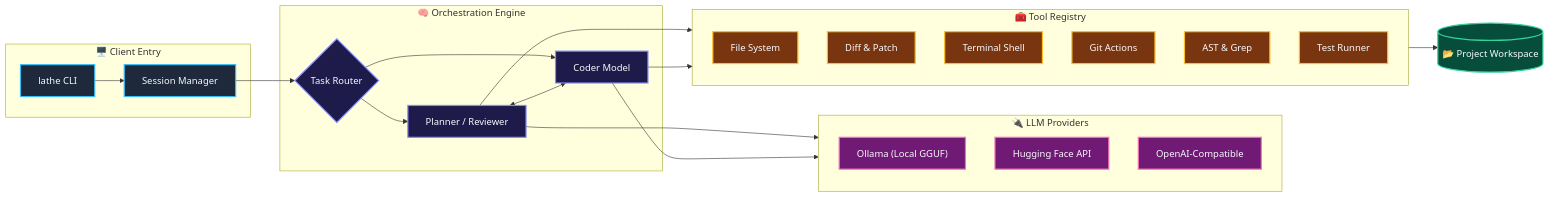
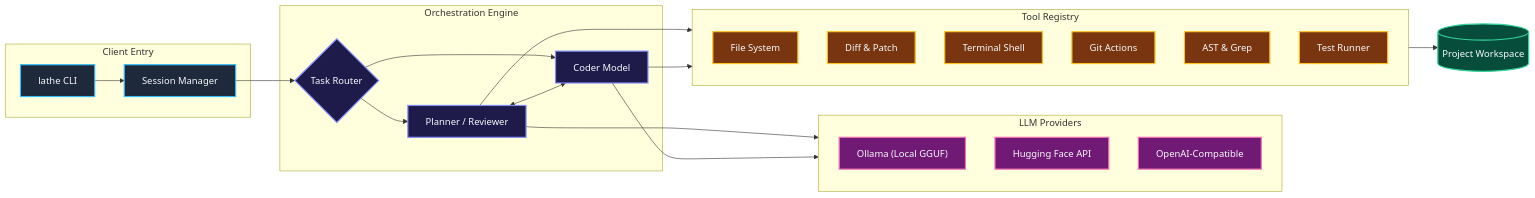
Before and after one commit to AdityaSurse/lathe: the second of 10 diagrams in README.md, drawn with Mermaid. The commit also changed other lines of this file, not shown here.

````diff
--- a/README.md
+++ b/README.md
@@ -70,47 +70,47 @@
 ```mermaid
 flowchart LR
     classDef cliStyle fill:#1e293b,stroke:#38bdf8,stroke-width:2px,color:#f8fafc;
     classDef coreStyle fill:#1e1b4b,stroke:#818cf8,stroke-width:2px,color:#f8fafc;
     classDef backendStyle fill:#701a75,stroke:#f472b6,stroke-width:2px,color:#f8fafc;
     classDef toolStyle fill:#78350f,stroke:#fbbf24,stroke-width:2px,color:#f8fafc;
     classDef envStyle fill:#064e3b,stroke:#34d399,stroke-width:2px,color:#f8fafc;
 
-    subgraph Entry ["🖥️ Client Entry"]
+    subgraph Entry ["Client Entry"]
         CLI["lathe CLI"]:::cliStyle
         Session["Session Manager"]:::cliStyle
     end
 
-    subgraph Engine ["🧠 Orchestration Engine"]
+    subgraph Engine ["Orchestration Engine"]
         Router{"Task Router"}:::coreStyle
         Planner["Planner / Reviewer"]:::coreStyle
         Coder["Coder Model"]:::coreStyle
     end
 
-    subgraph Backends ["🔌 LLM Providers"]
+    subgraph Backends ["LLM Providers"]
         Ollama["Ollama (Local GGUF)"]:::backendStyle
         HF["Hugging Face API"]:::backendStyle
         OpenAIComp["OpenAI-Compatible"]:::backendStyle
     end
 
-    subgraph Tools ["🧰 Tool Registry"]
+    subgraph Tools ["Tool Registry"]
         Files["File System"]:::toolStyle
         Edit["Diff & Patch"]:::toolStyle
         Shell["Terminal Shell"]:::toolStyle
         Git["Git Actions"]:::toolStyle
         Search["AST & Grep"]:::toolStyle
         Tests["Test Runner"]:::toolStyle
     end
 
-    Workspace[("📂 Project Workspace")]:::envStyle
+    Workspace[("Project Workspace")]:::envStyle
 
     CLI --> Session
     Session --> Router
     Router --> Planner
     Router --> Coder
     Planner <--> Coder
     Planner --> Backends
     Coder --> Backends
     Planner --> Tools
     Coder --> Tools
     Tools --> Workspace
 ```
````
